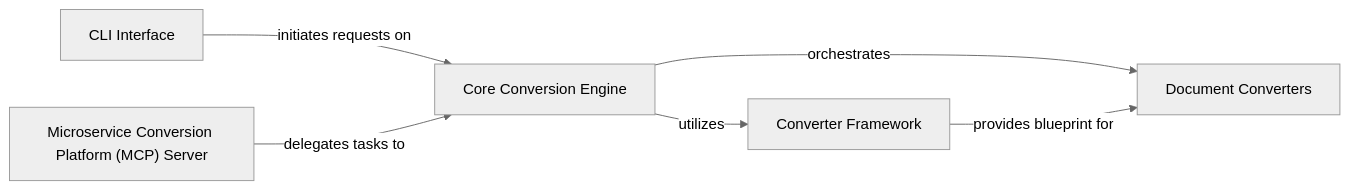
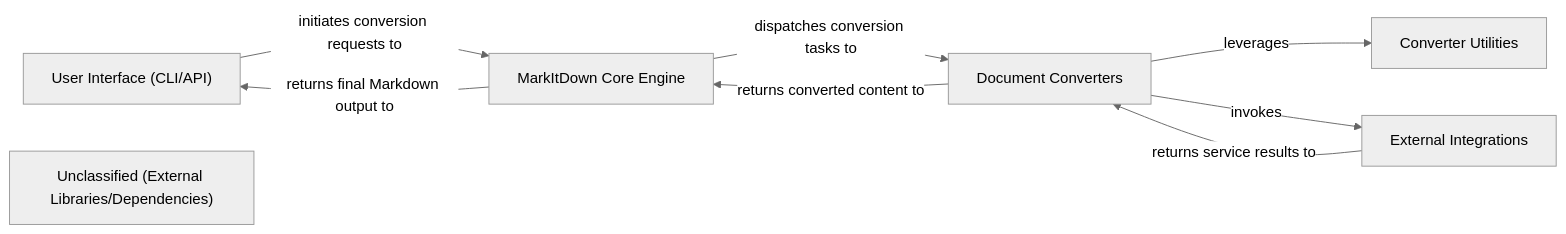
The diagram in markitdown/on_boarding.md (CodeBoarding/GeneratedOnBoardings), drawn with Mermaid (neutral theme) before and after one commit. The commit also changed other lines of this file, not shown here.

````diff
--- a/markitdown/on_boarding.md
+++ b/markitdown/on_boarding.md
@@ -1,13 +1,16 @@
 ```mermaid
 graph LR
-    Core_Conversion_Engine["Core Conversion Engine"]
-    Converter_Framework["Converter Framework"]
+    User_Interface_CLI_API_["User Interface (CLI/API)"]
+    MarkItDown_Core_Engine["MarkItDown Core Engine"]
     Document_Converters["Document Converters"]
-    CLI_Interface["CLI Interface"]
-    Microservice_Conversion_Platform_MCP_Server["Microservice Conversion Platform (MCP) Server"]
-    Core_Conversion_Engine -- "utilizes" --> Converter_Framework
-    Core_Conversion_Engine -- "orchestrates" --> Document_Converters
-    Converter_Framework -- "provides blueprint for" --> Document_Converters
-    CLI_Interface -- "initiates requests on" --> Core_Conversion_Engine
-    Microservice_Conversion_Platform_MCP_Server -- "delegates tasks to" --> Core_Conversion_Engine
+    Converter_Utilities["Converter Utilities"]
+    External_Integrations["External Integrations"]
+    Unclassified_External_Libraries_Dependencies_["Unclassified (External Libraries/Dependencies)"]
+    User_Interface_CLI_API_ -- "initiates conversion requests to" --> MarkItDown_Core_Engine
+    MarkItDown_Core_Engine -- "dispatches conversion tasks to" --> Document_Converters
+    Document_Converters -- "returns converted content to" --> MarkItDown_Core_Engine
+    Document_Converters -- "leverages" --> Converter_Utilities
+    Document_Converters -- "invokes" --> External_Integrations
+    External_Integrations -- "returns service results to" --> Document_Converters
+    MarkItDown_Core_Engine -- "returns final Markdown output to" --> User_Interface_CLI_API_
 ```
````
